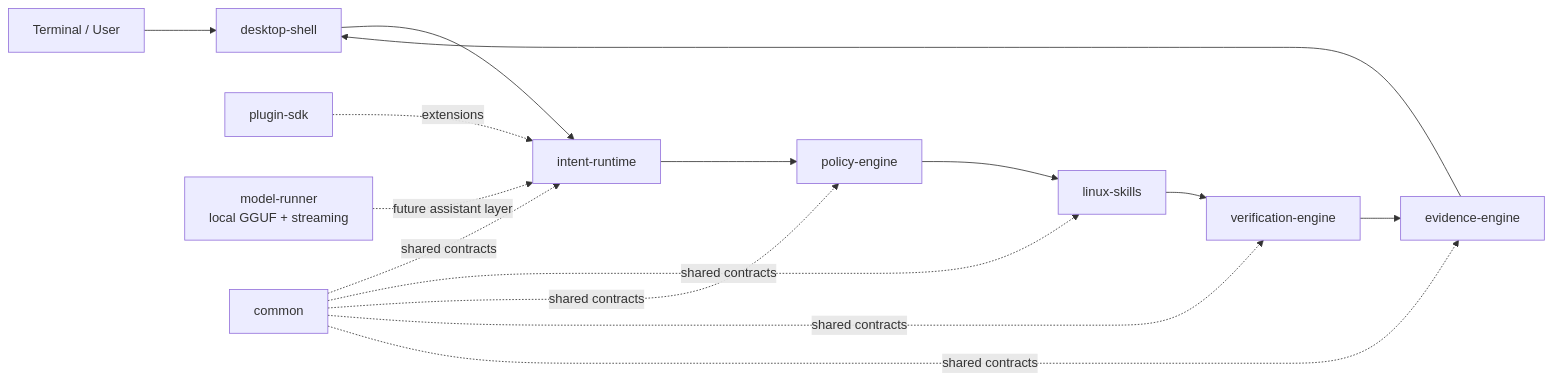
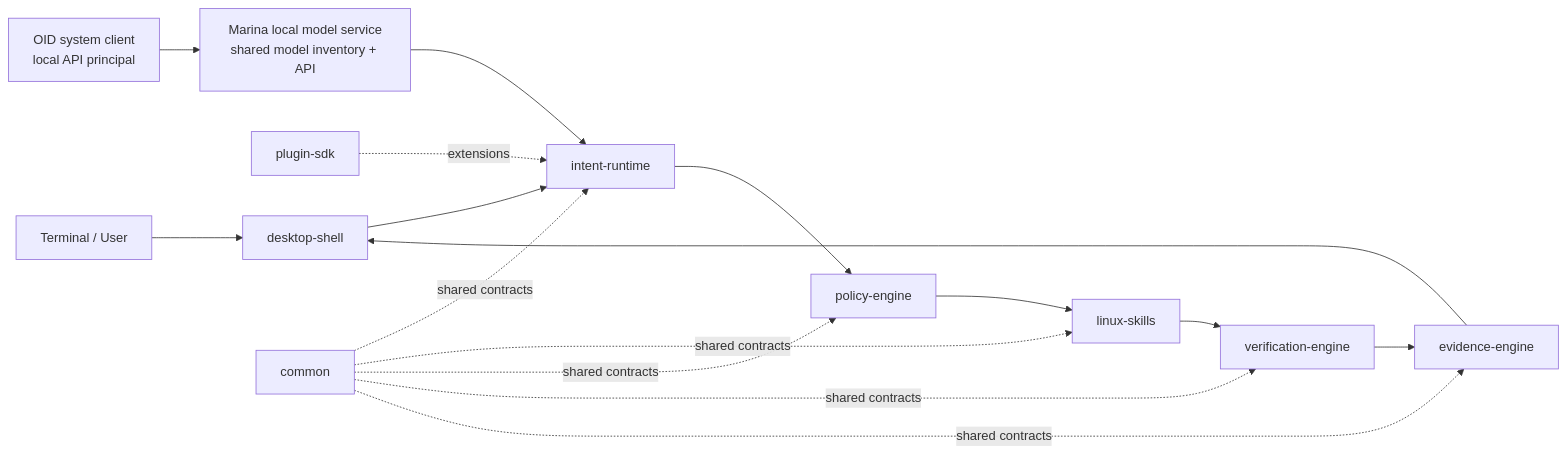
The first of 6 diagrams in ARCHITECTURE.md (dcfrancisco/intent-driven-os), drawn with Mermaid before and after one commit. The commit also changed other lines of this file and 54 other files, not shown here.

Commit message:
feat: deliver standalone Marina model runner

````diff
--- a/ARCHITECTURE.md
+++ b/ARCHITECTURE.md
@@ -9,17 +9,18 @@
 ```mermaid
 flowchart LR
     Terminal[Terminal / User] --> Shell[desktop-shell]
     Shell --> Intent[intent-runtime]
     Intent --> Policy[policy-engine]
     Policy --> Skills[linux-skills]
     Skills --> Verify[verification-engine]
     Verify --> Evidence[evidence-engine]
     Evidence --> Shell
     Plugin[plugin-sdk] -. extensions .-> Intent
-    Model[model-runner\nlocal GGUF + streaming] -. future assistant layer .-> Intent
+    Marina[Marina local model service\nshared model inventory + API] --> Intent
+    OIDSystem[OID system client\nlocal API principal] --> Marina
     Common[common] -. shared contracts .-> Intent
     Common -. shared contracts .-> Skills
     Common -. shared contracts .-> Policy
     Common -. shared contracts .-> Verify
     Common -. shared contracts .-> Evidence
 ```
````
